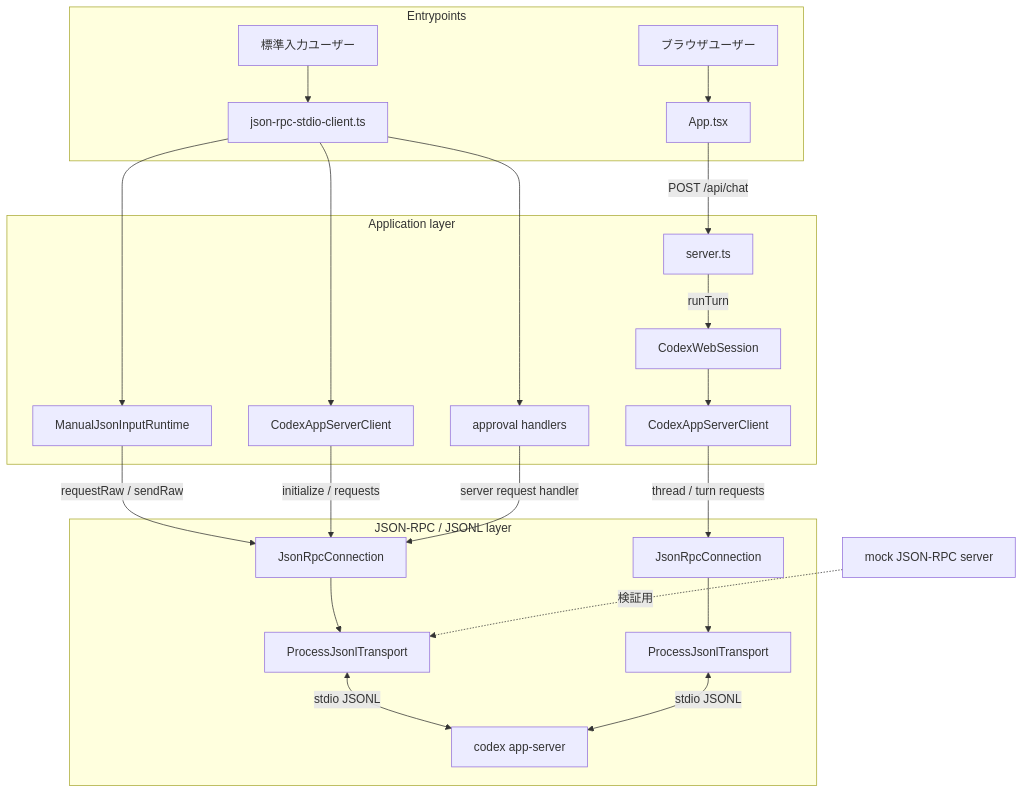
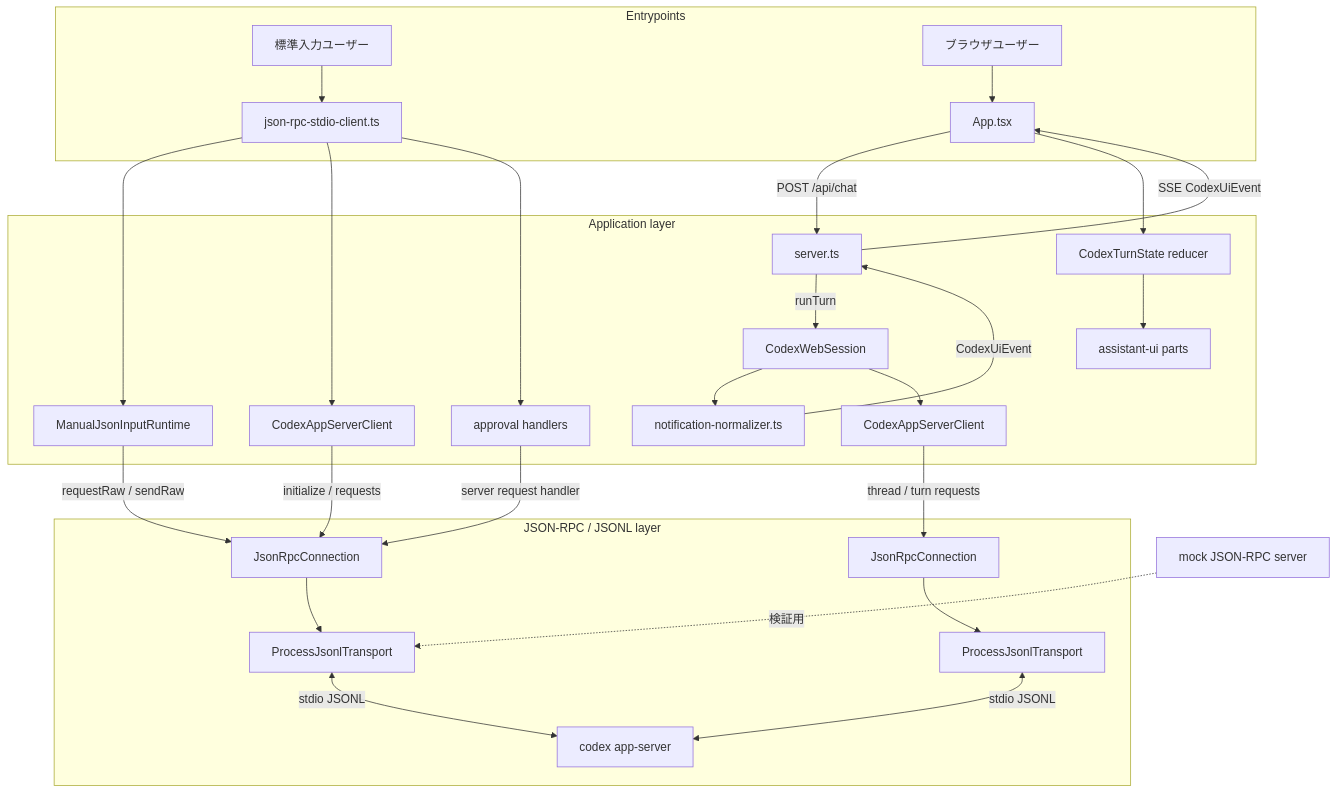
The first of 3 diagrams in README.md (bebebebebebebebebebebebebebebe/simple-codex-client), drawn with Mermaid before and after one commit. The commit also changed other lines of this file, not shown here.

Commit message:
feat: Update README for improved clarity on Codex notification handling and Web UI interactions

````diff
--- a/README.md
+++ b/README.md
@@ -32,34 +38,39 @@
 ```mermaid
 flowchart TD
     CliUser[標準入力ユーザー]
     WebUser[ブラウザユーザー]
 
     subgraph Entry[Entrypoints]
         CliUser --> CliEntry[json-rpc-stdio-client.ts]
         WebUser --> WebApp[App.tsx]
     end
 
     subgraph AppLayer[Application layer]
         CliEntry --> Manual[ManualJsonInputRuntime]
         CliEntry --> CliClient[CodexAppServerClient]
         CliEntry --> Approval[approval handlers]
 
         WebApp -->|POST /api/chat| ApiServer[server.ts]
         ApiServer -->|runTurn| WebSession[CodexWebSession]
+        WebSession --> Normalizer[notification-normalizer.ts]
+        Normalizer -->|CodexUiEvent| ApiServer
+        ApiServer -->|SSE CodexUiEvent| WebApp
+        WebApp --> TurnState[CodexTurnState reducer]
+        TurnState --> Parts[assistant-ui parts]
         WebSession --> WebClient[CodexAppServerClient]
     end
 
     subgraph RpcLayer[JSON-RPC / JSONL layer]
         Manual -->|requestRaw / sendRaw| CliConnection[JsonRpcConnection]
         CliClient -->|initialize / requests| CliConnection
         Approval -->|server request handler| CliConnection
         WebClient -->|thread / turn requests| WebConnection[JsonRpcConnection]
 
         CliConnection --> CliTransport[ProcessJsonlTransport]
         WebConnection --> WebTransport[ProcessJsonlTransport]
         CliTransport <-->|stdio JSONL| CodexServer[codex app-server]
         WebTransport <-->|stdio JSONL| CodexServer
     end
 
     Mock[mock JSON-RPC server] -. 検証用 .-> CliTransport
 ```
````
